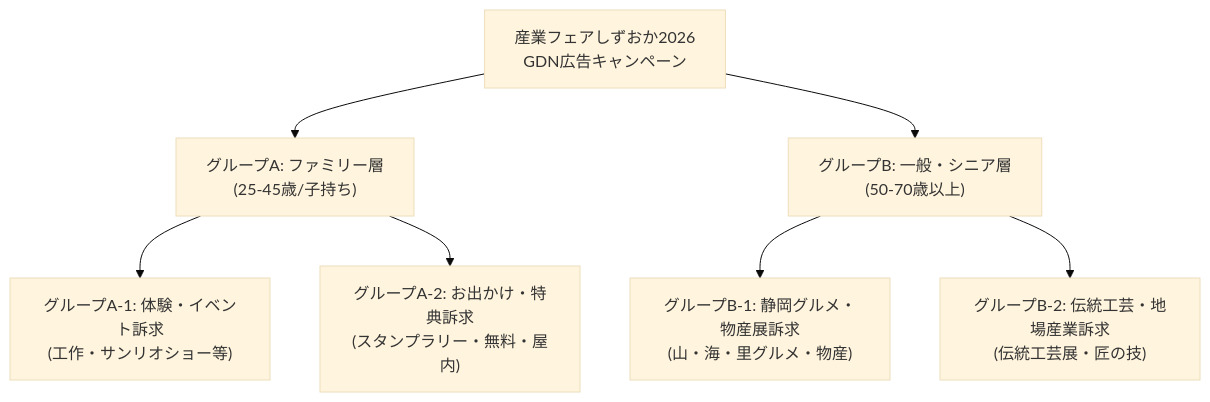
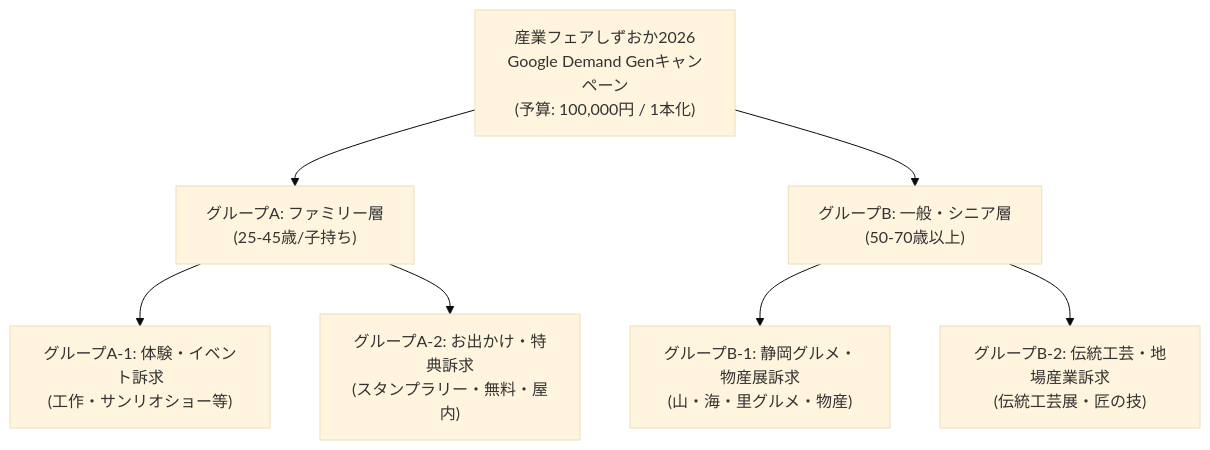
The first of 2 diagrams in docs/02_プロモーション計画/Googleディスプレイ広告配信計画書_2026.md (yamada-sap/shizuoka-fair-2026), drawn with Mermaid (base theme) before and after one commit. The commit also changed other lines of this file and 4 other files, not shown here.

````diff
--- a/docs/02_プロモーション計画/Googleディスプレイ広告配信計画書_2026.md
+++ b/docs/02_プロモーション計画/Googleディスプレイ広告配信計画書_2026.md
@@ -27,11 +34,11 @@
 ```mermaid
 graph TD
-    Root["産業フェアしずおか2026<br>GDN広告キャンペーン"] --> GroupA["グループA: ファミリー層<br>(25-45歳/子持ち)"]
+    Root["産業フェアしずおか2026<br>Google Demand Genキャンペーン<br>(予算: 100,000円 / 1本化)"] --> GroupA["グループA: ファミリー層<br>(25-45歳/子持ち)"]
     Root --> GroupB["グループB: 一般・シニア層<br>(50-70歳以上)"]
 
     GroupA --> GroupA1["グループA-1: 体験・イベント訴求<br>(工作・サンリオショー等)"]
     GroupA --> GroupA2["グループA-2: お出かけ・特典訴求<br>(スタンプラリー・無料・屋内)"]
 
     GroupB --> GroupB1["グループB-1: 静岡グルメ・物産展訴求<br>(山・海・里グルメ・物産)"]
     GroupB --> GroupB2["グループB-2: 伝統工芸・地場産業訴求<br>(伝統工芸展・匠の技)"]
 ```
````
